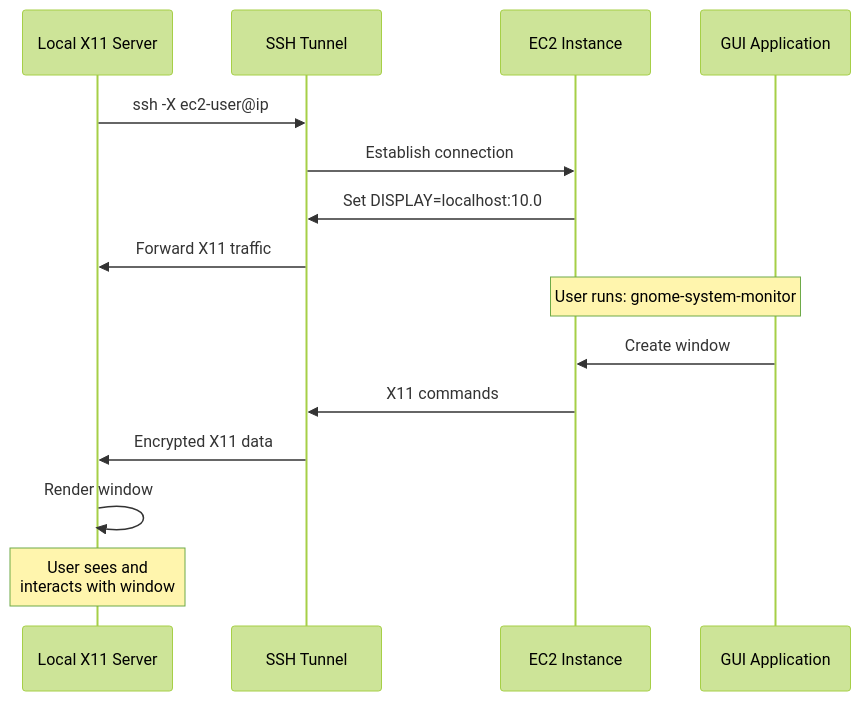
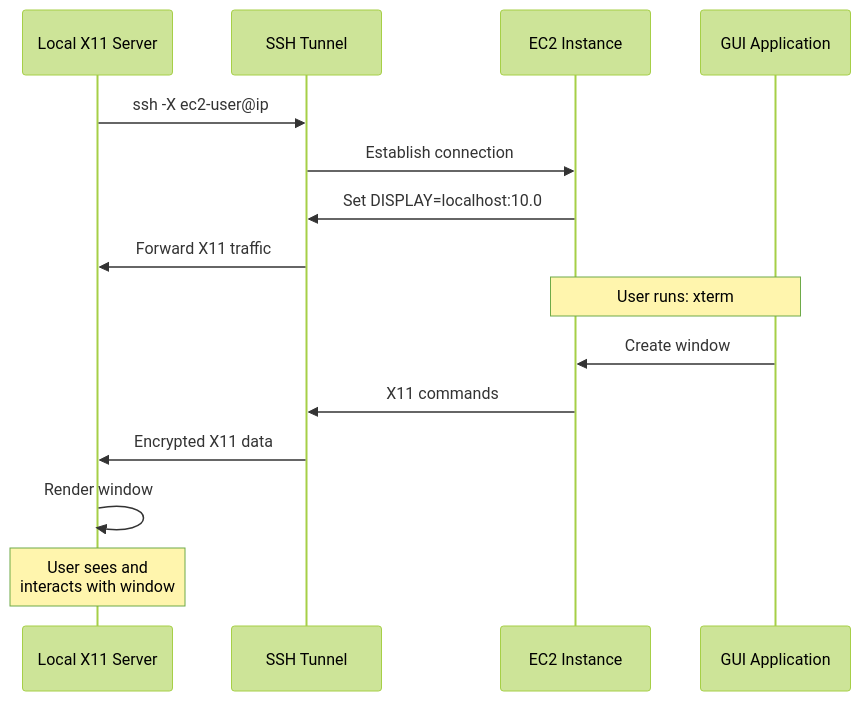
Before and after one commit to antoniollv/ssh-tips: the second of 2 diagrams in 04-x11-forwarding/README.md, drawn with Mermaid (forest theme). The commit also changed other lines of this file and 4 other files, not shown here.

Commit message:
feat: Update X11 Forwarding demo to replace gedit with xterm and remove gnome-system-monitor references

````diff
--- a/04-x11-forwarding/README.md
+++ b/04-x11-forwarding/README.md
@@ -155,20 +143,20 @@
 ```mermaid
 sequenceDiagram
     participant Local as Local X11 Server
     participant SSH as SSH Tunnel
     participant EC2 as EC2 Instance
     participant App as GUI Application
 
     Local->>SSH: ssh -X ec2-user@ip
     SSH->>EC2: Establish connection
     EC2->>SSH: Set DISPLAY=localhost:10.0
     SSH->>Local: Forward X11 traffic
     
-    Note over EC2,App: User runs: gnome-system-monitor
+    Note over EC2,App: User runs: xterm
     App->>EC2: Create window
     EC2->>SSH: X11 commands
     SSH->>Local: Encrypted X11 data
     Local->>Local: Render window
     
     Note over Local: User sees and<br/>interacts with window
 ```
````
